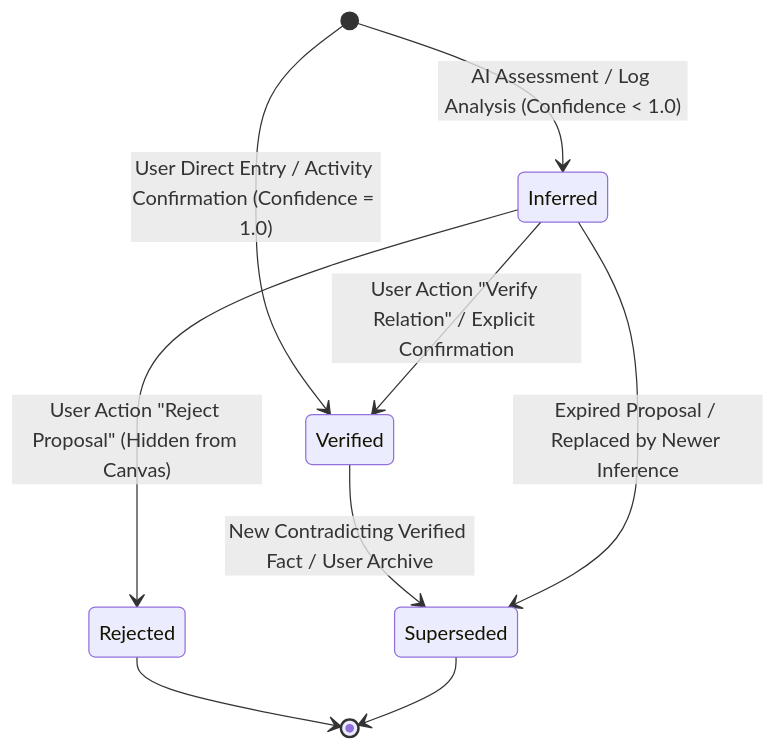
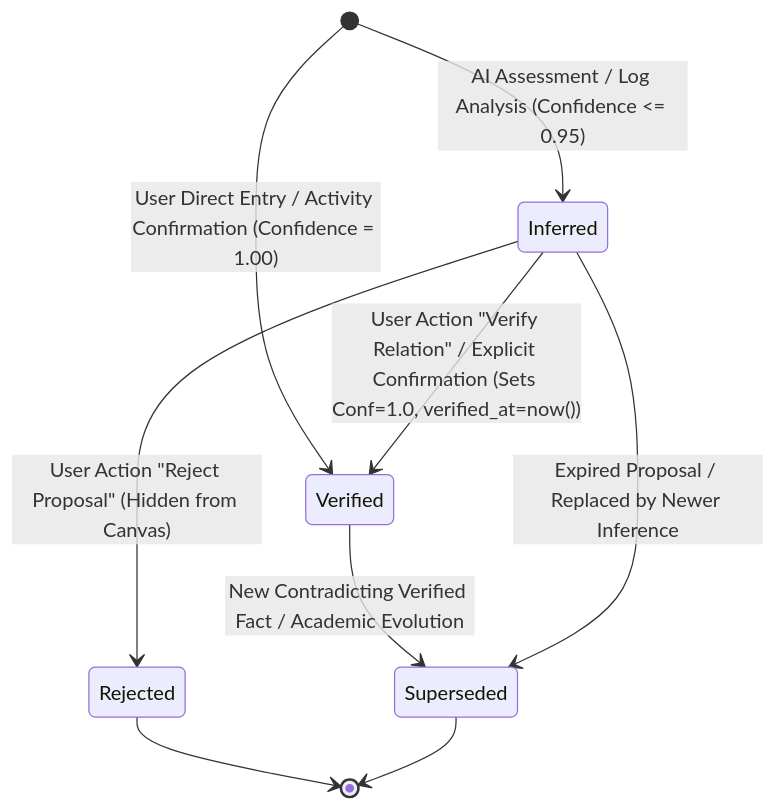
Before and after one commit to Daylily-Huang/AI-Personal-Growth-RPG: the diagram in docs/Stage6/02_KNOWLEDGE_AUTHORITY_RULES.md, drawn with Mermaid. The commit also changed other lines of this file and 8 other files, not shown here.

````diff
--- a/docs/Stage6/02_KNOWLEDGE_AUTHORITY_RULES.md
+++ b/docs/Stage6/02_KNOWLEDGE_AUTHORITY_RULES.md
@@ -29,14 +31,14 @@
 ```mermaid
 stateDiagram-v2
-    [*] --> Inferred: AI Assessment / Log Analysis (Confidence < 1.0)
-    [*] --> Verified: User Direct Entry / Activity Confirmation (Confidence = 1.0)
+    [*] --> Inferred: AI Assessment / Log Analysis (Confidence <= 0.95)
+    [*] --> Verified: User Direct Entry / Activity Confirmation (Confidence = 1.00)
     
-    Inferred --> Verified: User Action "Verify Relation" / Explicit Confirmation
+    Inferred --> Verified: User Action "Verify Relation" / Explicit Confirmation (Sets Conf=1.0, verified_at=now())
     Inferred --> Rejected: User Action "Reject Proposal" (Hidden from Canvas)
     
-    Verified --> Superseded: New Contradicting Verified Fact / User Archive
+    Verified --> Superseded: New Contradicting Verified Fact / Academic Evolution
     Inferred --> Superseded: Expired Proposal / Replaced by Newer Inference
     
     Rejected --> [*]
     Superseded --> [*]
 ```
````
